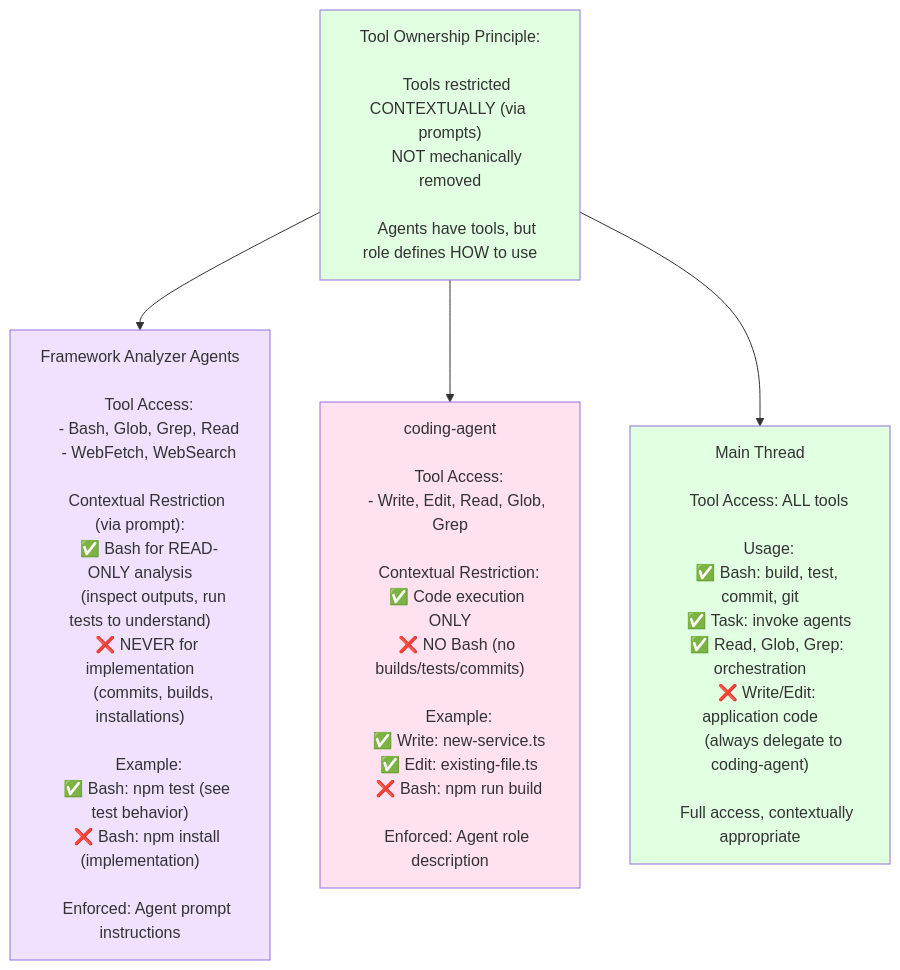
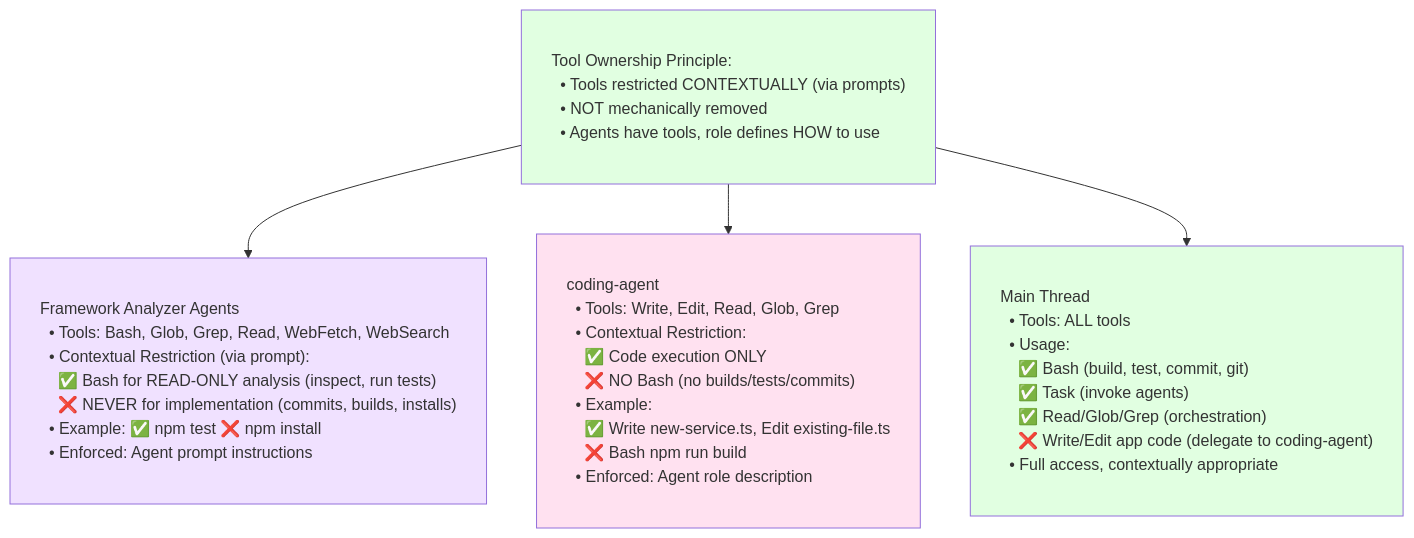
Diagram 18 of 31 in AGENT_SWARM_FLOW_VISUAL.md (QUUS-TheSmallCodeTeam/theia-fork), drawn with Mermaid before and after one commit. The commit also changed other lines of this file, not shown here.

First line of the commit message:
feat: redesign all mermaid diagrams with vertical flow and left-aligned text

````diff
--- a/AGENT_SWARM_FLOW_VISUAL.md
+++ b/AGENT_SWARM_FLOW_VISUAL.md
@@ -1872,61 +1582,42 @@
 ```mermaid
 flowchart TD
+    classDef wideBox padding:12px 20px,text-align:left,white-space:pre;
+    classDef wideDecision padding:12px 20px,text-align:left,white-space:pre;
+
     Principle["Tool Ownership Principle:
-
-    Tools restricted CONTEXTUALLY (via prompts)
-    NOT mechanically removed
-
-    Agents have tools, but role defines HOW to use"]
+  • Tools restricted CONTEXTUALLY (via prompts)
+  • NOT mechanically removed
+  • Agents have tools, role defines HOW to use"]:::wideBox
 
     Principle --> Analyzers["Framework Analyzer Agents
-
-    Tool Access:
-    - Bash, Glob, Grep, Read
-    - WebFetch, WebSearch
-
-    Contextual Restriction (via prompt):
-    ✅ Bash for READ-ONLY analysis
-       (inspect outputs, run tests to understand)
-    ❌ NEVER for implementation
-       (commits, builds, installations)
-
-    Example:
-    ✅ Bash: npm test (see test behavior)
-    ❌ Bash: npm install (implementation)
-
-    Enforced: Agent prompt instructions"]
+  • Tools: Bash, Glob, Grep, Read, WebFetch, WebSearch
+  • Contextual Restriction (via prompt):
+    ✅ Bash for READ-ONLY analysis (inspect, run tests)
+    ❌ NEVER for implementation (commits, builds, installs)
+  • Example: ✅ npm test ❌ npm install
+  • Enforced: Agent prompt instructions"]:::wideBox
 
     Principle --> Coding["coding-agent
-
-    Tool Access:
-    - Write, Edit, Read, Glob, Grep
-
-    Contextual Restriction:
+  • Tools: Write, Edit, Read, Glob, Grep
+  • Contextual Restriction:
     ✅ Code execution ONLY
     ❌ NO Bash (no builds/tests/commits)
-
-    Example:
-    ✅ Write: new-service.ts
-    ✅ Edit: existing-file.ts
-    ❌ Bash: npm run build
-
-    Enforced: Agent role description"]
+  • Example:
+    ✅ Write new-service.ts, Edit existing-file.ts
+    ❌ Bash npm run build
+  • Enforced: Agent role description"]:::wideBox
 
     Principle --> MT["Main Thread
-
-    Tool Access: ALL tools
-
-    Usage:
-    ✅ Bash: build, test, commit, git
-    ✅ Task: invoke agents
-    ✅ Read, Glob, Grep: orchestration
-    ❌ Write/Edit: application code
-       (always delegate to coding-agent)
-
-    Full access, contextually appropriate"]
+  • Tools: ALL tools
+  • Usage:
+    ✅ Bash (build, test, commit, git)
+    ✅ Task (invoke agents)
+    ✅ Read/Glob/Grep (orchestration)
+    ❌ Write/Edit app code (delegate to coding-agent)
+  • Full access, contextually appropriate"]:::wideBox
 
     style Principle fill:#e1ffe1
     style Analyzers fill:#f0e1ff
     style Coding fill:#ffe1f0
     style MT fill:#e1ffe1
 ```
````
